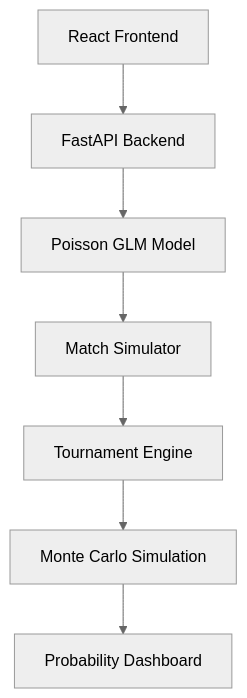
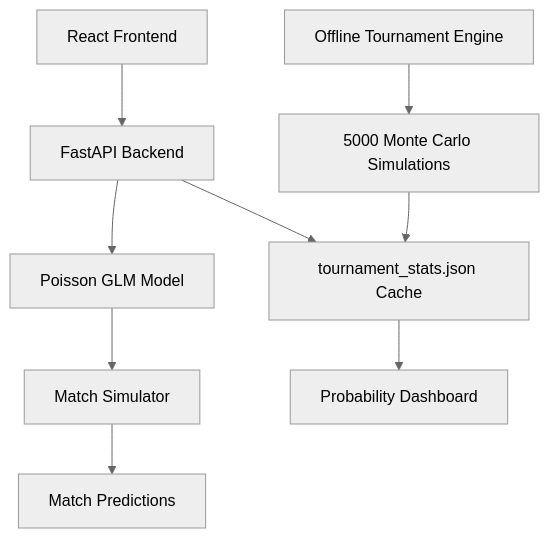
Before and after one commit to AlanAli-byte/fifa-world-cup-2026-simulator: the diagram in README.md, drawn with Mermaid (neutral theme). The commit also changed other lines of this file, not shown here.

````diff
--- a/README.md
+++ b/README.md
@@ -717,16 +750,17 @@
 ```mermaid
 flowchart TD
 
 A[React Frontend] --> B[FastAPI Backend]
 
 B --> C[Poisson GLM Model]
-
 C --> D[Match Simulator]
 
-D --> E[Tournament Engine]
+D --> E[Match Predictions]
 
-E --> F[Monte Carlo Simulation]
+F[Offline Tournament Engine] --> G[5000 Monte Carlo Simulations]
+G --> H[tournament_stats.json Cache]
 
-F --> G[Probability Dashboard]
+B --> H
 
+H --> I[Probability Dashboard]
 ```
````
